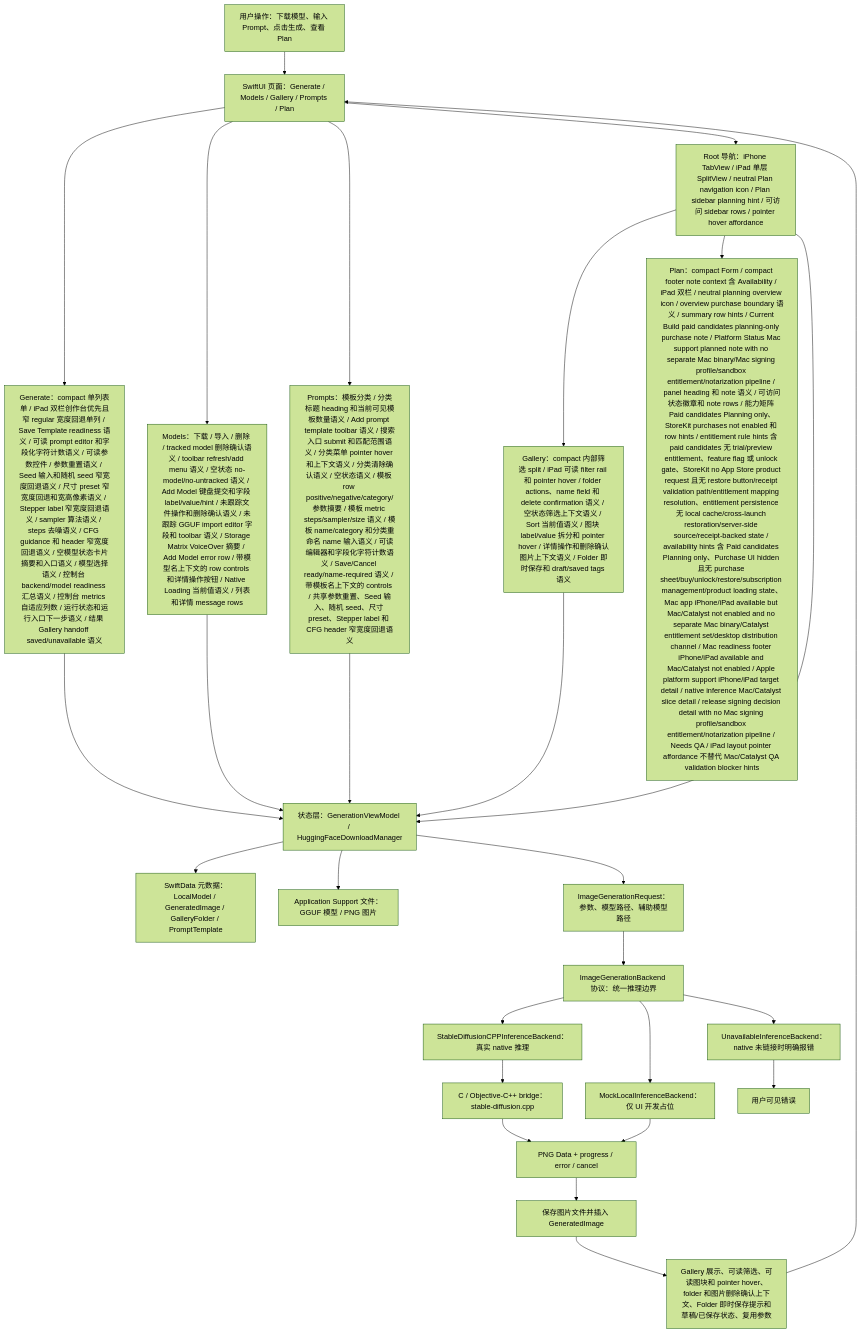
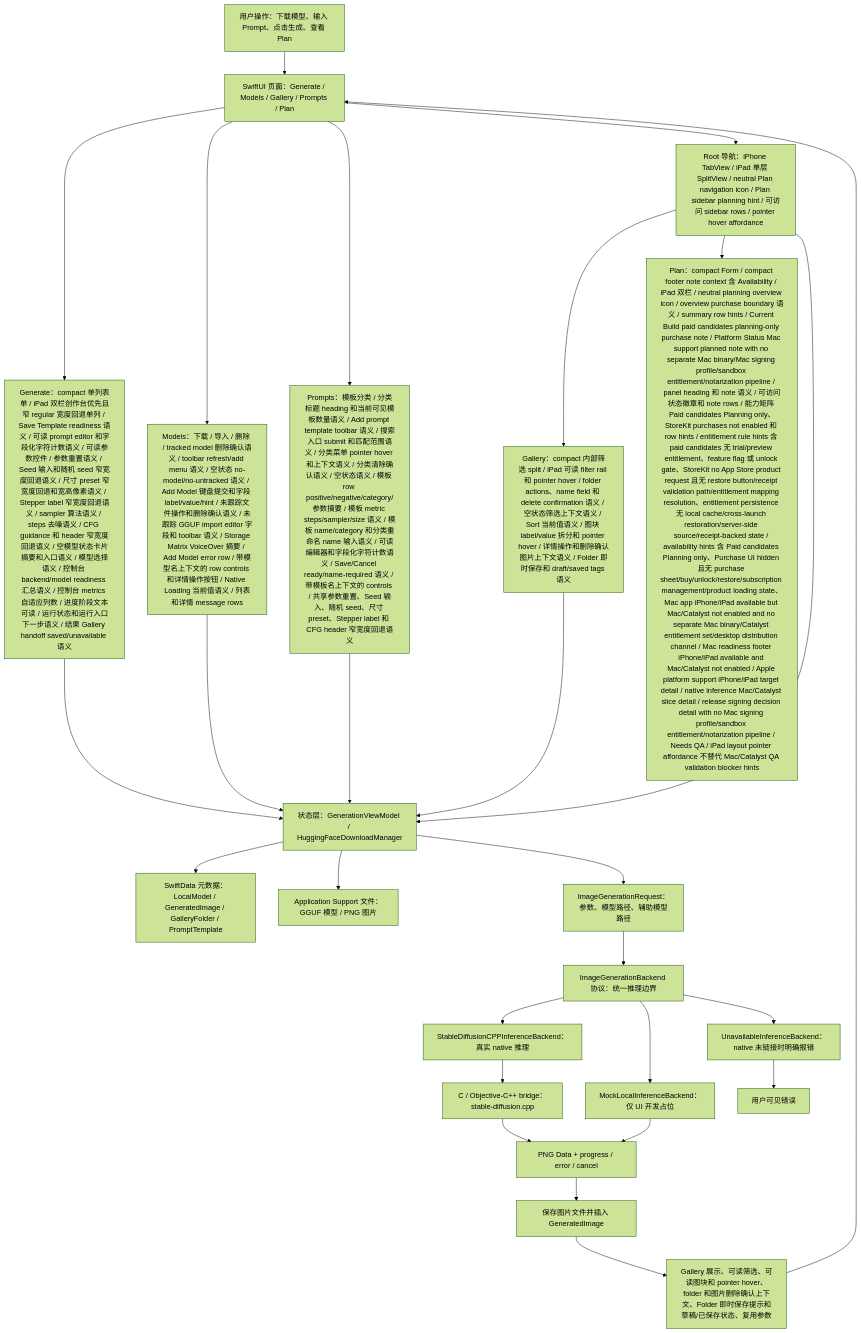
Before and after one commit to Altman-sam114/118: the first of 7 diagrams in md/flow/flowchart.md, drawn with Mermaid (forest theme). The commit also changed 5 other files, not shown here.

````diff
--- a/md/flow/flowchart.md
+++ b/md/flow/flowchart.md
@@ -9,29 +9,29 @@
 ```mermaid
 flowchart TD
   U["用户操作：下载模型、输入 Prompt、点击生成、查看 Plan"] --> UI["SwiftUI 页面：Generate / Models / Gallery / Prompts / Plan"]
-  UI --> GENUI["Generate：compact 单列表单 / iPad 双栏创作台优先且窄 regular 宽度回退单列 / Save Template readiness 语义 / 可读 prompt editor 和字段化字符计数语义 / 可读参数控件 / 参数重置语义 / Seed 输入和随机 seed 窄宽度回退语义 / 尺寸 preset 窄宽度回退和宽高像素语义 / Stepper label 窄宽度回退语义 / sampler 算法语义 / steps 去噪语义 / CFG guidance 和 header 窄宽度回退语义 / 空模型状态卡片摘要和入口语义 / 模型选择语义 / 控制台 backend/model readiness 汇总语义 / 控制台 metrics 自适应列数 / 运行状态和运行入口下一步语义 / 结果 Gallery handoff saved/unavailable 语义"]
+  UI --> GENUI["Generate：compact 单列表单 / iPad 双栏创作台优先且窄 regular 宽度回退单列 / Save Template readiness 语义 / 可读 prompt editor 和字段化字符计数语义 / 可读参数控件 / 参数重置语义 / Seed 输入和随机 seed 窄宽度回退语义 / 尺寸 preset 窄宽度回退和宽高像素语义 / Stepper label 窄宽度回退语义 / sampler 算法语义 / steps 去噪语义 / CFG guidance 和 header 窄宽度回退语义 / 空模型状态卡片摘要和入口语义 / 模型选择语义 / 控制台 backend/model readiness 汇总语义 / 控制台 metrics 自适应列数 / 进度阶段文本可读 / 运行状态和运行入口下一步语义 / 结果 Gallery handoff saved/unavailable 语义"]
   UI --> MODELUI["Models：下载 / 导入 / 删除 / tracked model 删除确认语义 / toolbar refresh/add menu 语义 / 空状态 no-model/no-untracked 语义 / Add Model 键盘提交和字段 label/value/hint / 未跟踪文件操作和删除确认语义 / 未跟踪 GGUF import editor 字段和 toolbar 语义 / Storage Matrix VoiceOver 摘要 / Add Model error row / 带模型名上下文的 row controls 和详情操作按钮 / Native Loading 当前值语义 / 列表和详情 message rows"]
   UI --> PROMPTUI["Prompts：模板分类 / 分类标题 heading 和当前可见模板数量语义 / Add prompt template toolbar 语义 / 搜索入口 submit 和匹配范围语义 / 分类菜单 pointer hover 和上下文语义 / 分类清除确认语义 / 空状态语义 / 模板 row positive/negative/category/参数摘要 / 模板 metric steps/sampler/size 语义 / 模板 name/category 和分类重命名 name 输入语义 / 可读编辑器和字段化字符计数语义 / Save/Cancel ready/name-required 语义 / 带模板名上下文的 controls / 共享参数重置、Seed 输入、随机 seed、尺寸 preset、Stepper label 和 CFG header 窄宽度回退语义"]
   UI --> NAV["Root 导航：iPhone TabView / iPad 单层 SplitView / neutral Plan navigation icon / Plan sidebar planning hint / 可访问 sidebar rows / pointer hover affordance"]
   NAV --> GALUI["Gallery：compact 内部筛选 split / iPad 可读 filter rail 和 pointer hover / folder actions、name field 和 delete confirmation 语义 / 空状态筛选上下文语义 / Sort 当前值语义 / 图块 label/value 拆分和 pointer hover / 详情操作和删除确认图片上下文语义 / Folder 即时保存和 draft/saved tags 语义"]
   NAV --> PLANUI["Plan：compact Form / compact footer note context 含 Availability / iPad 双栏 / neutral planning overview icon / overview purchase boundary 语义 / summary row hints / Current Build paid candidates planning-only purchase note / Platform Status Mac support planned note with no separate Mac binary/Mac signing profile/sandbox entitlement/notarization pipeline / panel heading 和 note 语义 / 可访问状态徽章和 note rows / 能力矩阵 Paid candidates Planning only、StoreKit purchases not enabled 和 row hints / entitlement rule hints 含 paid candidates 无 trial/preview entitlement、feature flag 或 unlock gate、StoreKit no App Store product request 且无 restore button/receipt validation path/entitlement mapping resolution、entitlement persistence 无 local cache/cross-launch restoration/server-side source/receipt-backed state / availability hints 含 Paid candidates Planning only、Purchase UI hidden 且无 purchase sheet/buy/unlock/restore/subscription management/product loading state、Mac app iPhone/iPad available but Mac/Catalyst not enabled and no separate Mac binary/Catalyst entitlement set/desktop distribution channel / Mac readiness footer iPhone/iPad available and Mac/Catalyst not enabled / Apple platform support iPhone/iPad target detail / native inference Mac/Catalyst slice detail / release signing decision detail with no Mac signing profile/sandbox entitlement/notarization pipeline / Needs QA / iPad layout pointer affordance 不替代 Mac/Catalyst QA validation blocker hints"]
   NAV --> VM["状态层：GenerationViewModel / HuggingFaceDownloadManager"]
   GENUI --> VM
   MODELUI --> VM
   PROMPTUI --> VM
   GALUI --> VM
   VM --> SD["SwiftData 元数据：LocalModel / GeneratedImage / GalleryFolder / PromptTemplate"]
   VM --> FS["Application Support 文件：GGUF 模型 / PNG 图片"]
   VM --> REQ["ImageGenerationRequest：参数、模型路径、辅助模型路径"]
   REQ --> IFACE["ImageGenerationBackend 协议：统一推理边界"]
   IFACE --> NATIVE["StableDiffusionCPPInferenceBackend：真实 native 推理"]
   IFACE --> MOCK["MockLocalInferenceBackend：仅 UI 开发占位"]
   IFACE --> OFF["UnavailableInferenceBackend：native 未链接时明确报错"]
   NATIVE --> BRIDGE["C / Objective-C++ bridge：stable-diffusion.cpp"]
   BRIDGE --> PNG["PNG Data + progress / error / cancel"]
   MOCK --> PNG
   OFF --> ERR["用户可见错误"]
   PNG --> SAVE["保存图片文件并插入 GeneratedImage"]
   SAVE --> GALLERY["Gallery 展示、可读筛选、可读图块和 pointer hover、folder 和图片删除确认上下文、Folder 即时保存提示和草稿/已保存状态、复用参数"]
   GALLERY --> UI
 ```
````
